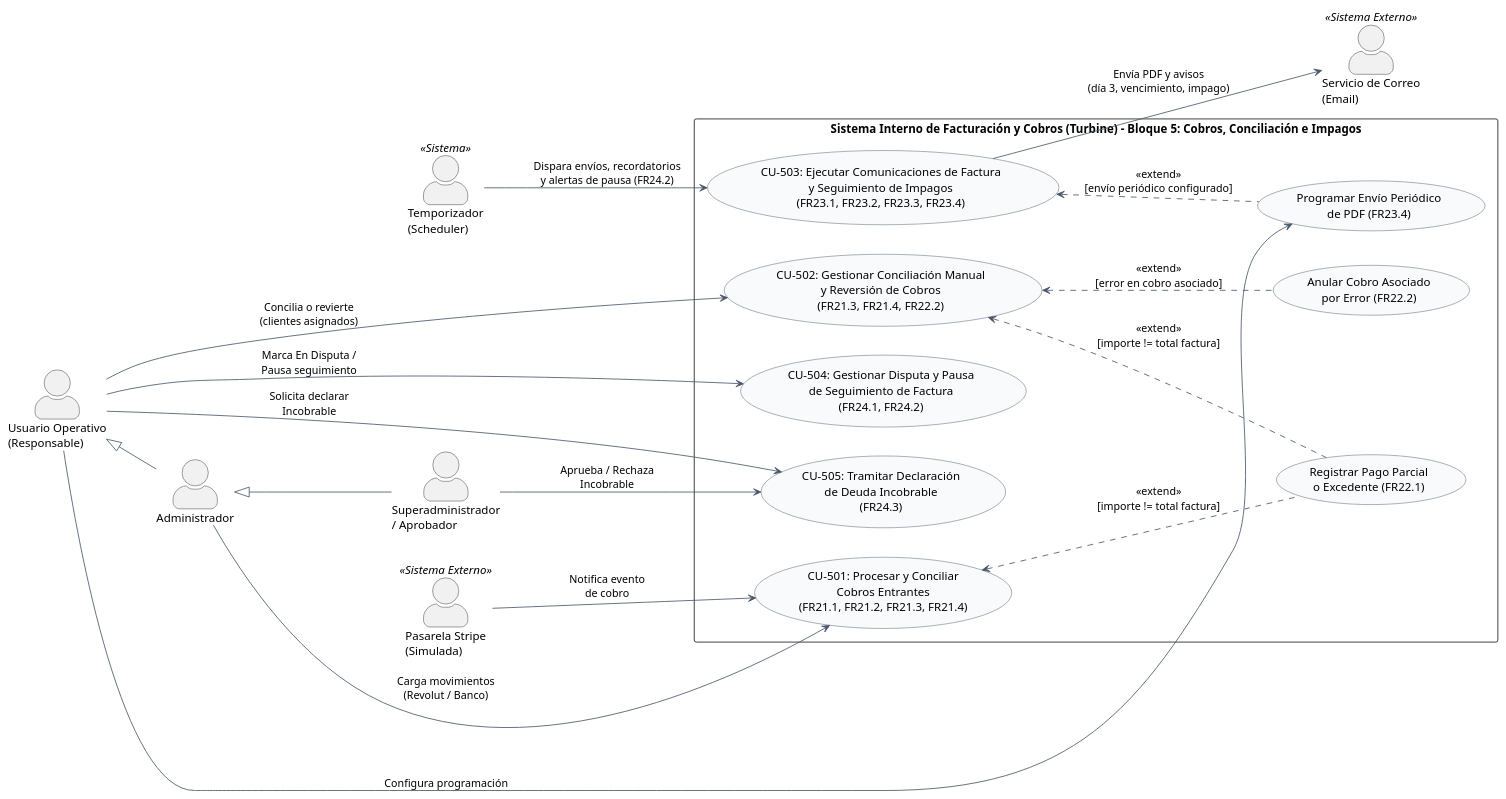
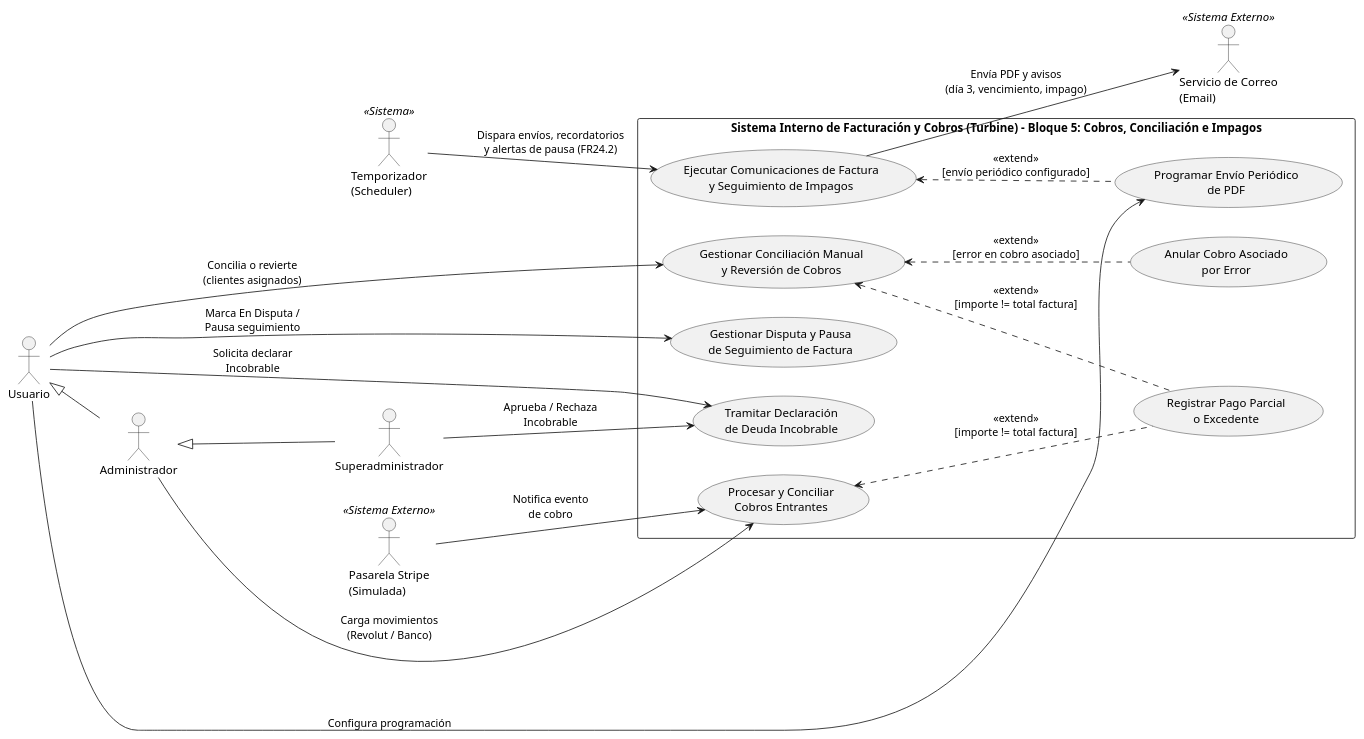
Before and after one commit to Daniii004/Grupo-Leibniz: the diagram in Casos de uso/DiagramaCasos5.puml, drawn with PlantUML. The commit also changed 6 other files, not shown here.

Commit message:
Arreglos para que todos los diagramas tengan el mismo formato

```diff
--- a/Casos de uso/DiagramaCasos5.puml
+++ b/Casos de uso/DiagramaCasos5.puml
@@ -1,60 +1,54 @@
 @startuml
 left to right direction
 skinparam packageStyle rectangle
-skinparam actorStyle awesome
-skinparam usecase {
-    BackgroundColor #F8FAFC
-    BorderColor #334155
-    ArrowColor #475569
-}
 
 ' Actores Humanos Internos
-actor "Usuario Operativo\n(Responsable)" as Operativo
+actor "Usuario" as Operativo
 actor "Administrador" as Admin
-actor "Superadministrador\n/ Aprobador" as SuperAdmin
+actor "Superadministrador" as SuperAdmin
 
 ' Relaciones de herencia entre roles internos
 Operativo <|-- Admin
 Admin <|-- SuperAdmin
 
 ' Actores Externos / Sistémicos
 actor "Pasarela Stripe\n(Simulada)" as Stripe <<Sistema Externo>>
 actor "Temporizador\n(Scheduler)" as Timer <<Sistema>>
 actor "Servicio de Correo\n(Email)" as Email <<Sistema Externo>>
 
 rectangle "Sistema Interno de Facturación y Cobros (Turbine) - Bloque 5: Cobros, Conciliación e Impagos" {
 
     ' Casos de Uso Principales (Nivel Objetivo de Usuario)
-    usecase "CU-501: Procesar y Conciliar\nCobros Entrantes\n(FR21.1, FR21.2, FR21.3, FR21.4)" as CU501
-    usecase "CU-502: Gestionar Conciliación Manual\ny Reversión de Cobros\n(FR21.3, FR21.4, FR22.2)" as CU502
-    usecase "CU-503: Ejecutar Comunicaciones de Factura\ny Seguimiento de Impagos\n(FR23.1, FR23.2, FR23.3, FR23.4)" as CU503
-    usecase "CU-504: Gestionar Disputa y Pausa\nde Seguimiento de Factura\n(FR24.1, FR24.2)" as CU504
-    usecase "CU-505: Tramitar Declaración\nde Deuda Incobrable\n(FR24.3)" as CU505
+    usecase "Procesar y Conciliar\nCobros Entrantes" as CU501
+    usecase "Gestionar Conciliación Manual\ny Reversión de Cobros" as CU502
+    usecase "Ejecutar Comunicaciones de Factura\ny Seguimiento de Impagos" as CU503
+    usecase "Gestionar Disputa y Pausa\nde Seguimiento de Factura" as CU504
+    usecase "Tramitar Declaración\nde Deuda Incobrable" as CU505
 
     ' Subfunciones / Casos de Extensión para visibilizar requisitos específicos del bloque
-    usecase "Registrar Pago Parcial\no Excedente (FR22.1)" as ExtParcial
-    usecase "Anular Cobro Asociado\npor Error (FR22.2)" as ExtAnular
-    usecase "Programar Envío Periódico\nde PDF (FR23.4)" as SubProgramar
+    usecase "Registrar Pago Parcial\no Excedente" as ExtParcial
+    usecase "Anular Cobro Asociado\npor Error" as ExtAnular
+    usecase "Programar Envío Periódico\nde PDF" as SubProgramar
 
     ' Relaciones <<extend>> e <<include>>
     CU501 <.. ExtParcial : <<extend>>\n[importe != total factura]
     CU502 <.. ExtParcial : <<extend>>\n[importe != total factura]
     CU502 <.. ExtAnular : <<extend>>\n[error en cobro asociado]
     CU503 <.. SubProgramar : <<extend>>\n[envío periódico configurado]
 }
 
 ' Conexiones Actores -> Casos de Uso
 Stripe --> CU501 : Notifica evento\nde cobro
 Admin --> CU501 : Carga movimientos\n(Revolut / Banco)
 
 Operativo --> CU502 : Concilia o revierte\n(clientes asignados)
 Operativo --> SubProgramar : Configura programación
 Operativo --> CU504 : Marca En Disputa /\nPausa seguimiento
 Operativo --> CU505 : Solicita declarar\nIncobrable
 
 SuperAdmin --> CU505 : Aprueba / Rechaza\nIncobrable
 
 Timer --> CU503 : Dispara envíos, recordatorios\ny alertas de pausa (FR24.2)
 CU503 --> Email : Envía PDF y avisos\n(día 3, vencimiento, impago)
 
 @enduml
```
